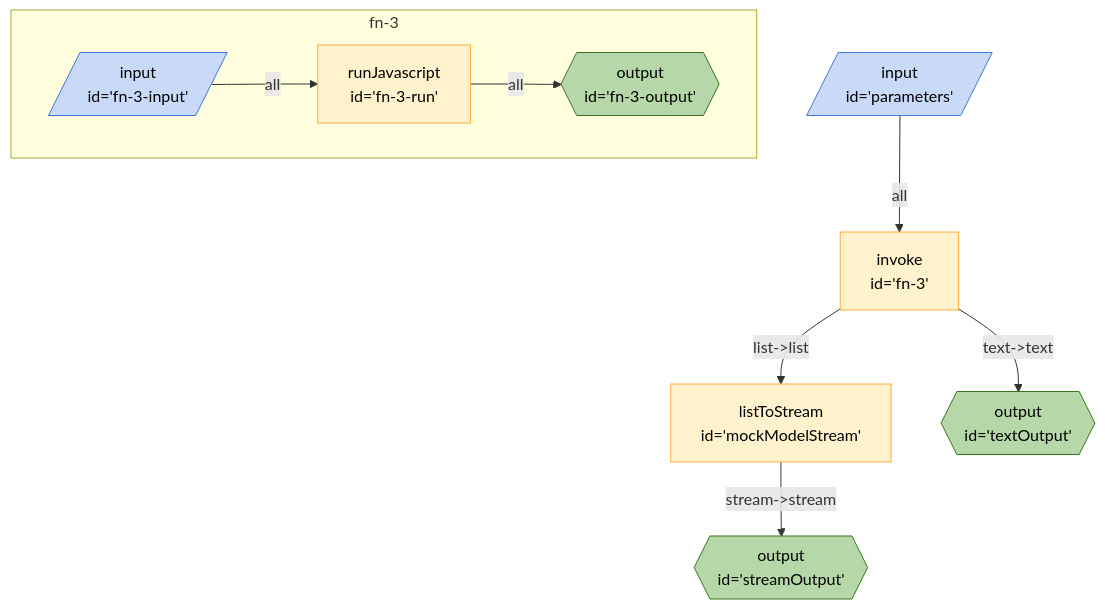
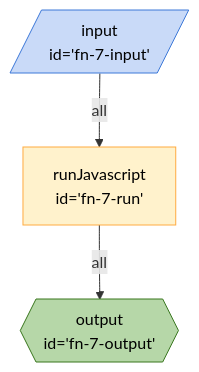
Before and after one commit to breadboard-ai/breadboard: the diagram in packages/breadboard-web/docs/graphs/mock-text-generator.md, drawn with Mermaid. The commit also changed 43 other files, not shown here.

````diff
--- a/packages/breadboard-web/docs/graphs/mock-text-generator.md
+++ b/packages/breadboard-web/docs/graphs/mock-text-generator.md
@@ -3,22 +3,14 @@
 ```mermaid
 %%{init: 'themeVariables': { 'fontFamily': 'Fira Code, monospace' }}%%
 graph TD;
-fn3["invoke <br> id='fn-3'"] -- "list->list" --> mockModelStream["listToStream <br> id='mockModelStream'"]
-fn3["invoke <br> id='fn-3'"] -- "text->text" --> textOutput{{"output <br> id='textOutput'"}}:::output
-parameters[/"input <br> id='parameters'"/]:::input -- all --> fn3["invoke <br> id='fn-3'"]
-mockModelStream["listToStream <br> id='mockModelStream'"] -- "stream->stream" --> streamOutput{{"output <br> id='streamOutput'"}}:::output
-
-subgraph sg_fn3 [fn-3]
-fn3_fn3input[/"input <br> id='fn-3-input'"/]:::input -- all --> fn3_fn3run["runJavascript <br> id='fn-3-run'"]
-fn3_fn3run["runJavascript <br> id='fn-3-run'"] -- all --> fn3_fn3output{{"output <br> id='fn-3-output'"}}:::output
-end
-
+fn7input[/"input <br> id='fn-7-input'"/]:::input -- all --> fn7run["runJavascript <br> id='fn-7-run'"]
+fn7run["runJavascript <br> id='fn-7-run'"] -- all --> fn7output{{"output <br> id='fn-7-output'"}}:::output
 classDef default stroke:#ffab40,fill:#fff2ccff,color:#000
 classDef input stroke:#3c78d8,fill:#c9daf8ff,color:#000
 classDef output stroke:#38761d,fill:#b6d7a8ff,color:#000
 classDef passthrough stroke:#a64d79,fill:#ead1dcff,color:#000
 classDef slot stroke:#a64d79,fill:#ead1dcff,color:#000
 classDef config stroke:#a64d79,fill:#ead1dcff,color:#000
 classDef secrets stroke:#db4437,fill:#f4cccc,color:#000
 classDef slotted stroke:#a64d79
 ```
````
